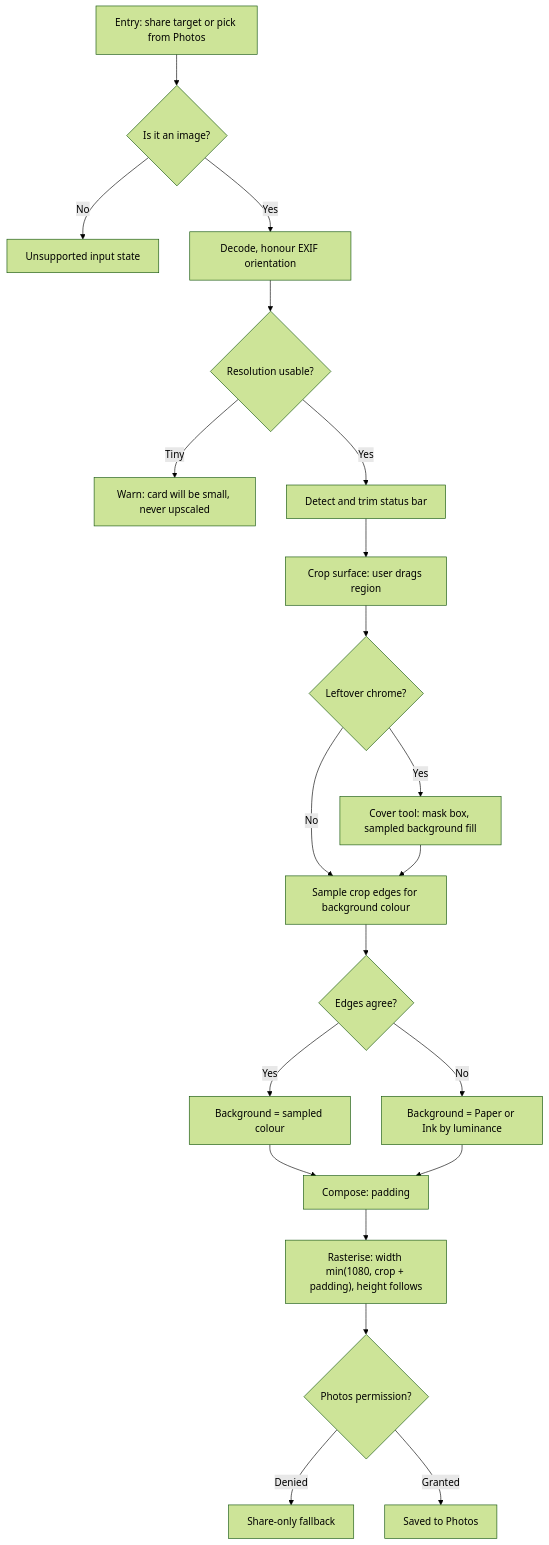
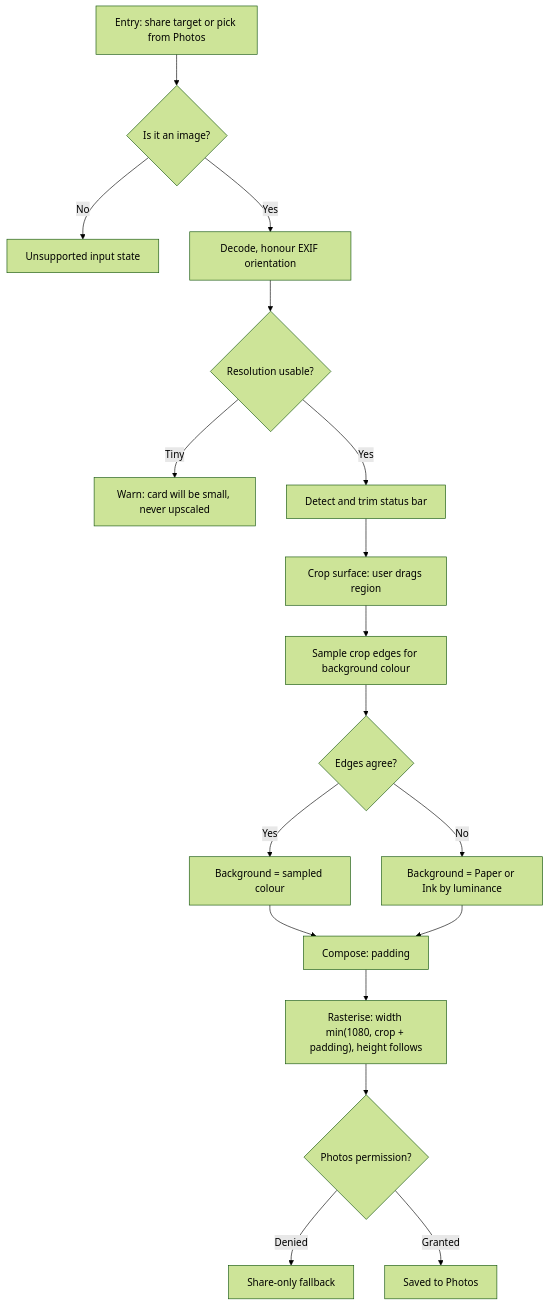
The diagram in social-card-renderer.md (B-ismark/Twitwa), drawn with Mermaid (forest theme) before and after one commit. The commit also changed other lines of this file and 19 other files, not shown here.

````diff
--- a/social-card-renderer.md
+++ b/social-card-renderer.md
@@ -349,23 +349,20 @@
 ```mermaid
 flowchart TD
     A["Entry: share target or pick from Photos"] --> B{"Is it an image?"}
     B -->|"No"| B1["Unsupported input state"]
     B -->|"Yes"| C["Decode, honour EXIF orientation"]
     C --> D{"Resolution usable?"}
     D -->|"Tiny"| D1["Warn: card will be small, never upscaled"]
     D -->|"Yes"| E["Detect and trim status bar"]
     E --> F["Crop surface: user drags region"]
-    F --> G{"Leftover chrome?"}
-    G -->|"Yes"| H["Cover tool: mask box, sampled background fill"]
-    G -->|"No"| I["Sample crop edges for background colour"]
-    H --> I
+    F --> I["Sample crop edges for background colour"]
     I --> J{"Edges agree?"}
     J -->|"Yes"| K["Background = sampled colour"]
     J -->|"No"| K2["Background = Paper or Ink by luminance"]
     K --> L["Compose: padding"]
     K2 --> L
     L --> M["Rasterise: width min(1080, crop + padding), height follows"]
     M --> N{"Photos permission?"}
     N -->|"Denied"| N1["Share-only fallback"]
     N -->|"Granted"| O["Saved to Photos"]
 ```
````
